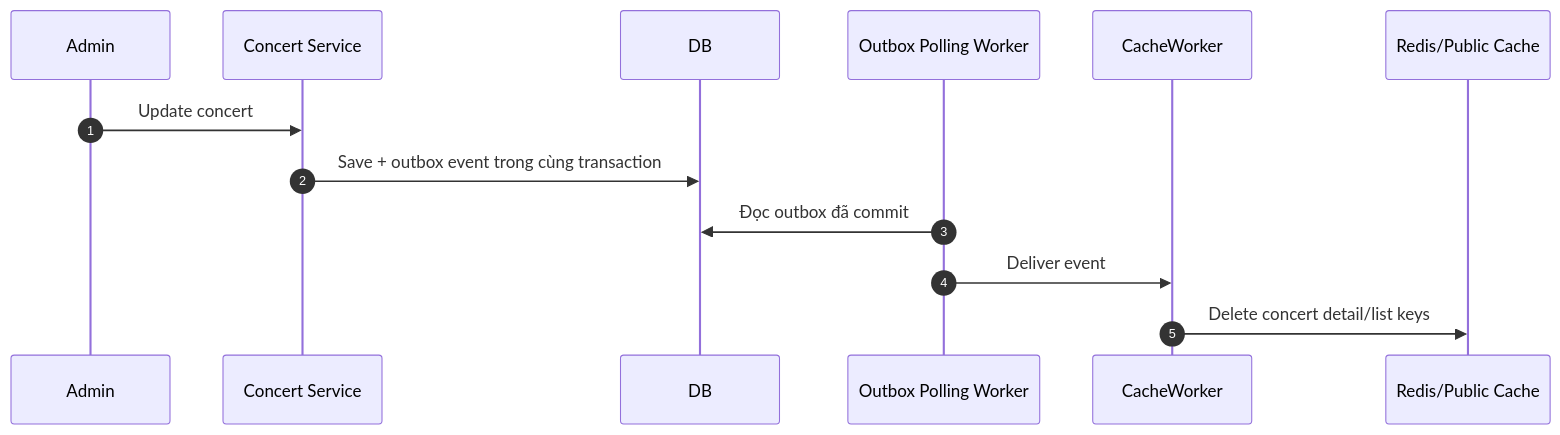
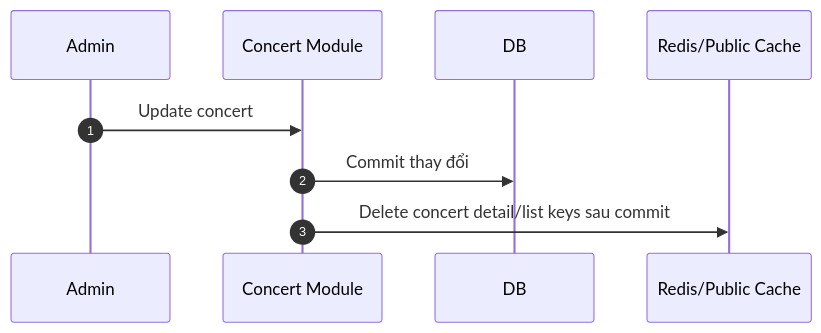
Before and after one commit to Toanapr/ticket-box: the sixth of 8 diagrams in blueprint/07-protection-mechanisms.md, drawn with Mermaid. The commit also changed other lines of this file and 24 other files, not shown here.

````diff
--- a/blueprint/07-protection-mechanisms.md
+++ b/blueprint/07-protection-mechanisms.md
@@ -190,16 +200,12 @@
 ```mermaid
 sequenceDiagram
     autonumber
     participant Admin
-    participant Concert as Concert Service
+    participant Concert as Concert Module
     participant DB
-    participant OutboxWorker as Outbox Polling Worker
-    participant CacheWorker
     participant Cache as Redis/Public Cache
 
     Admin->>Concert: Update concert
-    Concert->>DB: Save + outbox event trong cùng transaction
-    OutboxWorker->>DB: Đọc outbox đã commit
-    OutboxWorker->>CacheWorker: Deliver event
-    CacheWorker->>Cache: Delete concert detail/list keys
+    Concert->>DB: Commit thay đổi
+    Concert->>Cache: Delete concert detail/list keys sau commit
 ```
````
